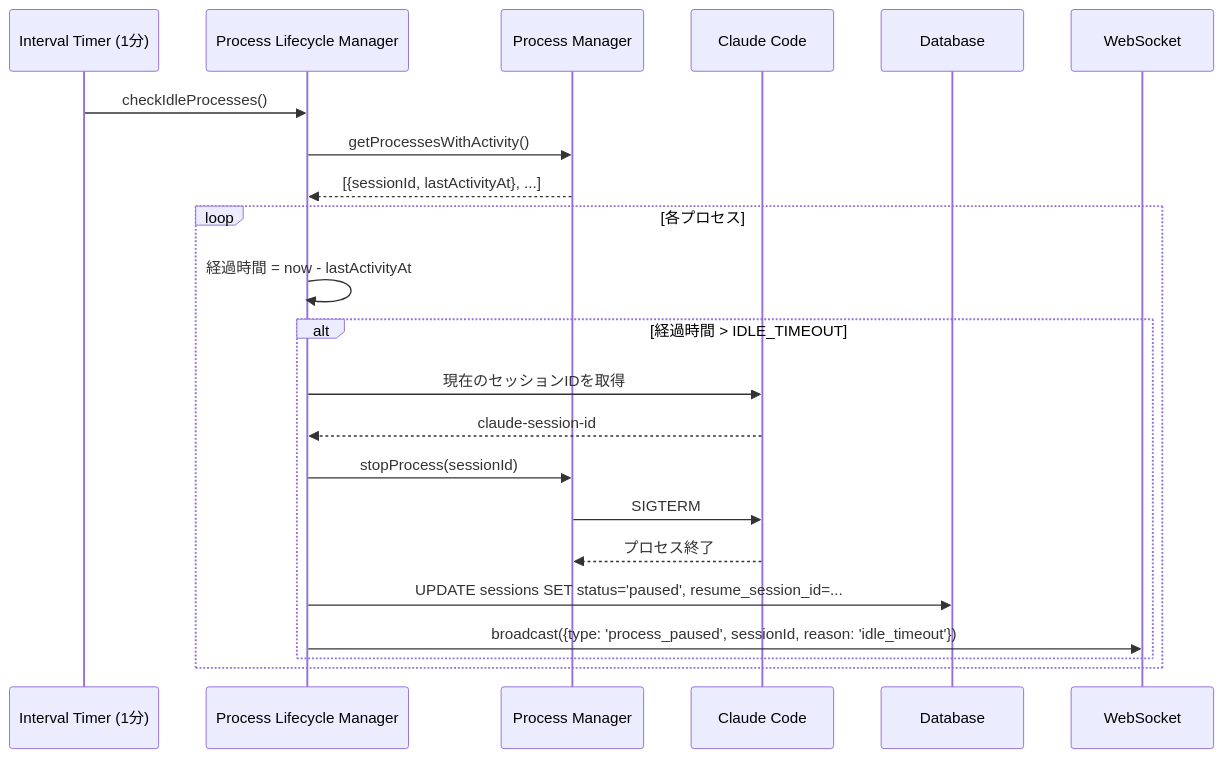
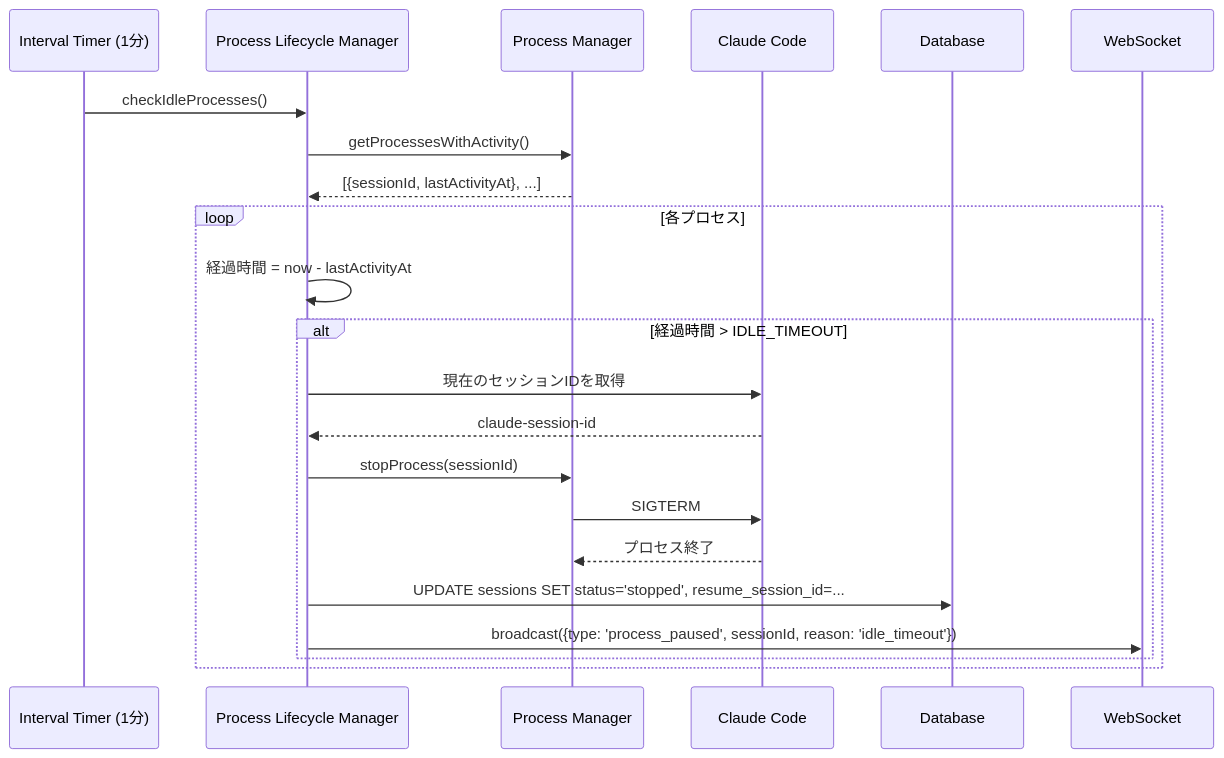
Before and after one commit to windschord/claude-work: the tenth of 12 diagrams in docs/design.md, drawn with Mermaid. The commit also changed other lines of this file and 4 other files, not shown here.

First line of the commit message:
fix: SessionStatus 'paused' を 'stopped' に統一

````diff
--- a/docs/design.md
+++ b/docs/design.md
@@ -593,26 +594,26 @@
 ```mermaid
 sequenceDiagram
     participant Timer as Interval Timer (1分)
     participant PLM as Process Lifecycle Manager
     participant PM as Process Manager
     participant CC as Claude Code
     participant DB as Database
     participant WS as WebSocket
 
     Timer->>PLM: checkIdleProcesses()
     PLM->>PM: getProcessesWithActivity()
     PM-->>PLM: [{sessionId, lastActivityAt}, ...]
 
     loop 各プロセス
         PLM->>PLM: 経過時間 = now - lastActivityAt
         alt 経過時間 > IDLE_TIMEOUT
             PLM->>CC: 現在のセッションIDを取得
             CC-->>PLM: claude-session-id
             PLM->>PM: stopProcess(sessionId)
             PM->>CC: SIGTERM
             CC-->>PM: プロセス終了
-            PLM->>DB: UPDATE sessions SET status='paused', resume_session_id=...
+            PLM->>DB: UPDATE sessions SET status='stopped', resume_session_id=...
             PLM->>WS: broadcast({type: 'process_paused', sessionId, reason: 'idle_timeout'})
         end
     end
 ```
````
